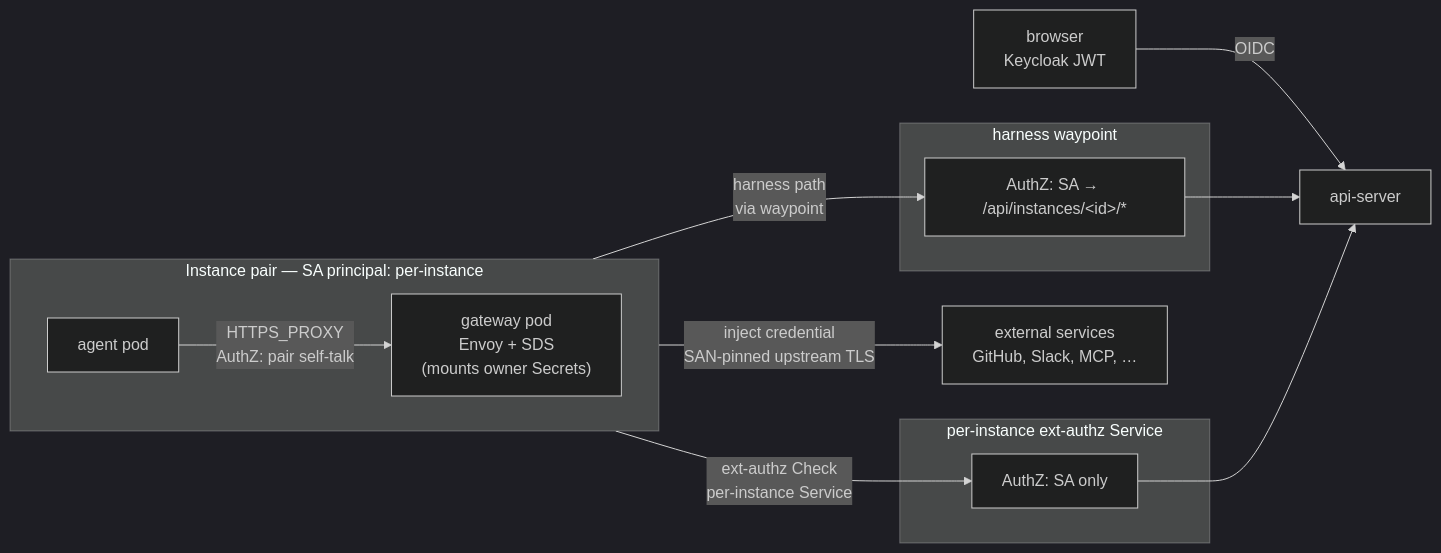
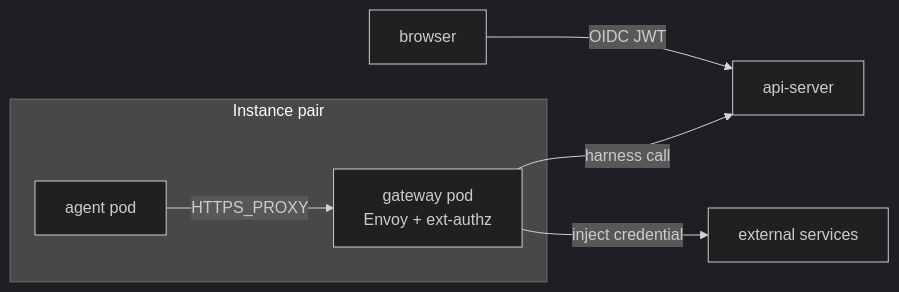
One commit to dam-agents/dam changed the second of 2 diagrams in docs/strategy/security-overview.md. Above: the diagram before and after it, drawn with Mermaid (dark theme). The commit also changed other lines of this file, not shown here.

````diff
--- a/docs/strategy/security-overview.md
+++ b/docs/strategy/security-overview.md
@@ -46,26 +34,16 @@
 ```mermaid
 flowchart LR
-  user[browser<br/>Keycloak JWT]
+  user[browser]
   api[api-server]
-  ext[external services<br/>GitHub, Slack, MCP, …]
+  ext[external services]
 
-  subgraph pair[Instance pair — SA principal: per-instance]
-    direction LR
+  subgraph pair[Instance pair]
     agent[agent pod]
-    gw["gateway pod<br/>Envoy + SDS<br/>(mounts owner Secrets)"]
+    gw["gateway pod<br/>Envoy + ext-authz"]
   end
 
-  subgraph waypoint[harness waypoint]
-    wp["AuthZ: SA → /api/instances/&lt;id&gt;/*"]
-  end
-
-  subgraph extauthz[per-instance ext-authz Service]
-    ea["AuthZ: SA only"]
-  end
-
-  user -->|OIDC| api
-  agent -->|HTTPS_PROXY<br/>AuthZ: pair self-talk| gw
-  gw -->|harness path<br/>via waypoint| wp --> api
-  gw -->|ext-authz Check<br/>per-instance Service| ea --> api
-  gw -->|inject credential<br/>SAN-pinned upstream TLS| ext
+  user -->|OIDC JWT| api
+  agent -->|HTTPS_PROXY| gw
+  gw -->|harness call| api
+  gw -->|inject credential| ext
 ```
````
